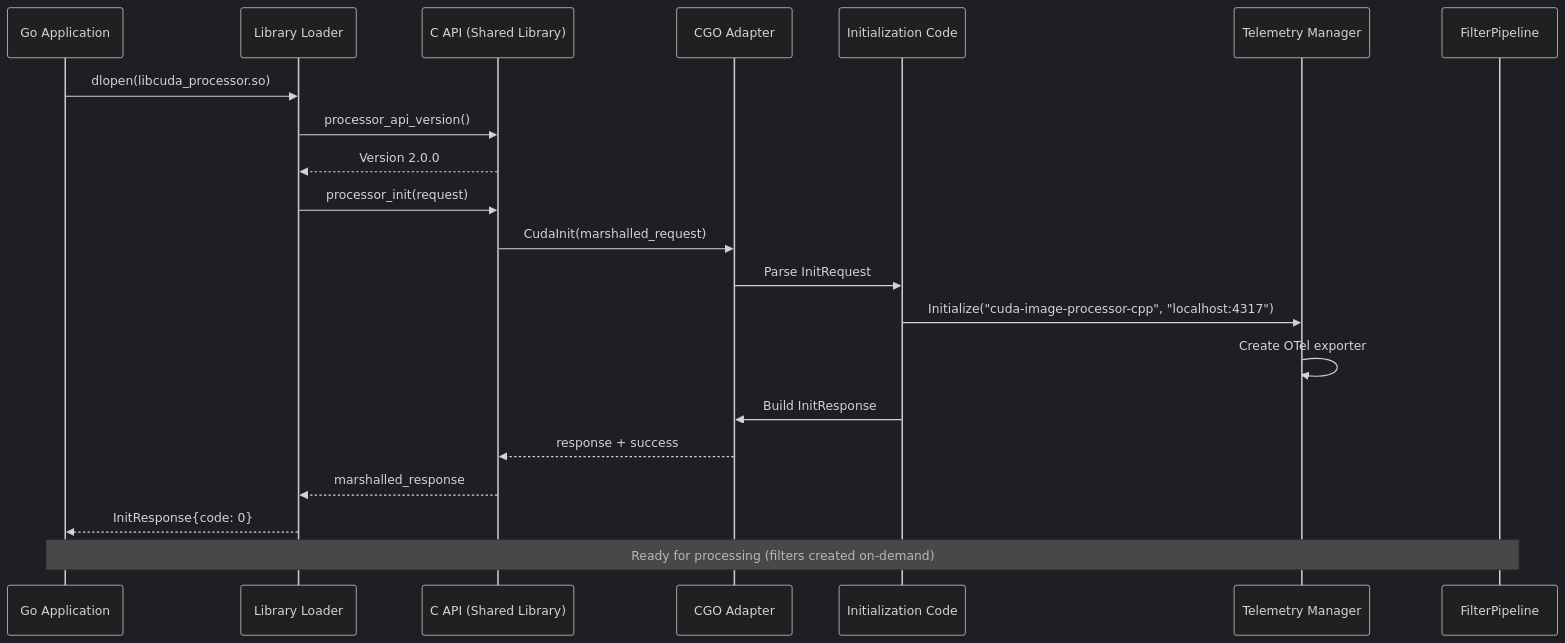
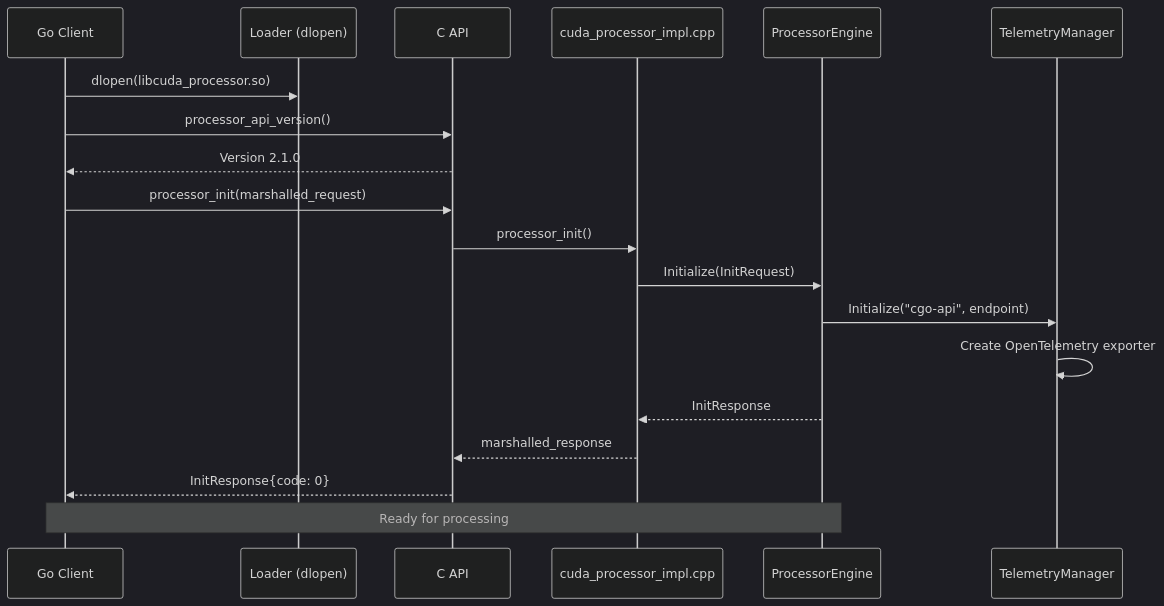
Before and after one commit to josnelihurt/learning-cuda: the third of 6 diagrams in cpp_accelerator/README.md, drawn with Mermaid (dark theme). The commit also changed other lines of this file and 4 other files, not shown here.

````diff
--- a/cpp_accelerator/README.md
+++ b/cpp_accelerator/README.md
@@ -78,25 +146,23 @@
 ```mermaid
 sequenceDiagram
-    participant Go as Go Application
-    participant Loader as Library Loader
-    participant API as C API (Shared Library)
-    participant CGO as CGO Adapter
-    participant Init as Initialization Code
-    participant TM as Telemetry Manager
-    participant Pipeline as FilterPipeline
+    participant GoClient as Go Client
+    participant Loader as Loader (dlopen)
+    participant CAPI as C API
+    participant Impl as cuda_processor_impl.cpp
+    participant Engine as ProcessorEngine
+    participant TM as TelemetryManager
     
-    Go->>Loader: dlopen(libcuda_processor.so)
-    Loader->>API: processor_api_version()
-    API-->>Loader: Version 2.0.0
-    Loader->>API: processor_init(request)
-    API->>CGO: CudaInit(marshalled_request)
-    CGO->>Init: Parse InitRequest
-    Init->>TM: Initialize("cuda-image-processor-cpp", "localhost:4317")
-    TM->>TM: Create OTel exporter
-    Init->>CGO: Build InitResponse
-    CGO-->>API: response + success
-    API-->>Loader: marshalled_response
-    Loader-->>Go: InitResponse{code: 0}
+    GoClient->>Loader: dlopen(libcuda_processor.so)
+    GoClient->>CAPI: processor_api_version()
+    CAPI-->>GoClient: Version 2.1.0
+    GoClient->>CAPI: processor_init(marshalled_request)
+    CAPI->>Impl: processor_init()
+    Impl->>Engine: Initialize(InitRequest)
+    Engine->>TM: Initialize("cgo-api", endpoint)
+    TM->>TM: Create OpenTelemetry exporter
+    Engine-->>Impl: InitResponse
+    Impl-->>CAPI: marshalled_response
+    CAPI-->>GoClient: InitResponse{code: 0}
     
-    Note over Go,Pipeline: Ready for processing (filters created on-demand)
+    Note over GoClient,Engine: Ready for processing
 ```
````
